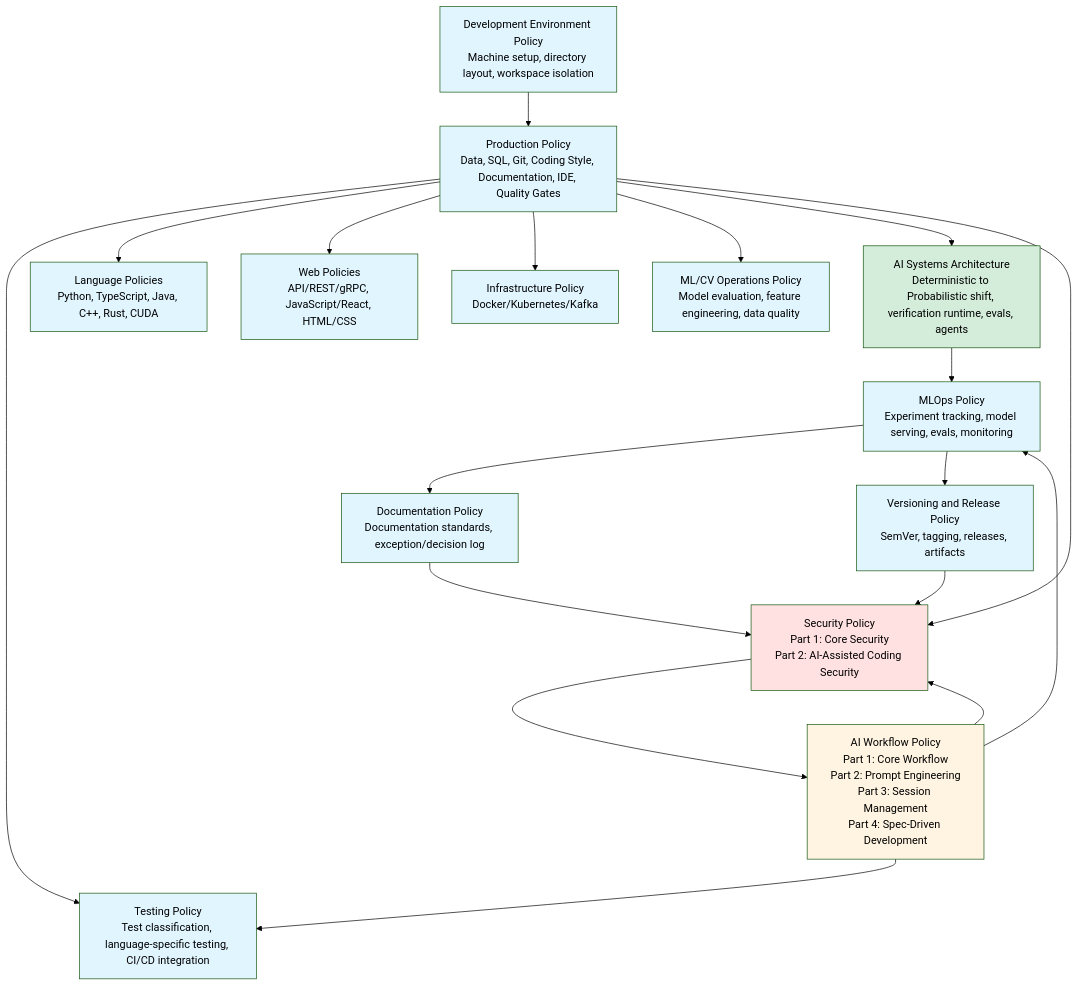
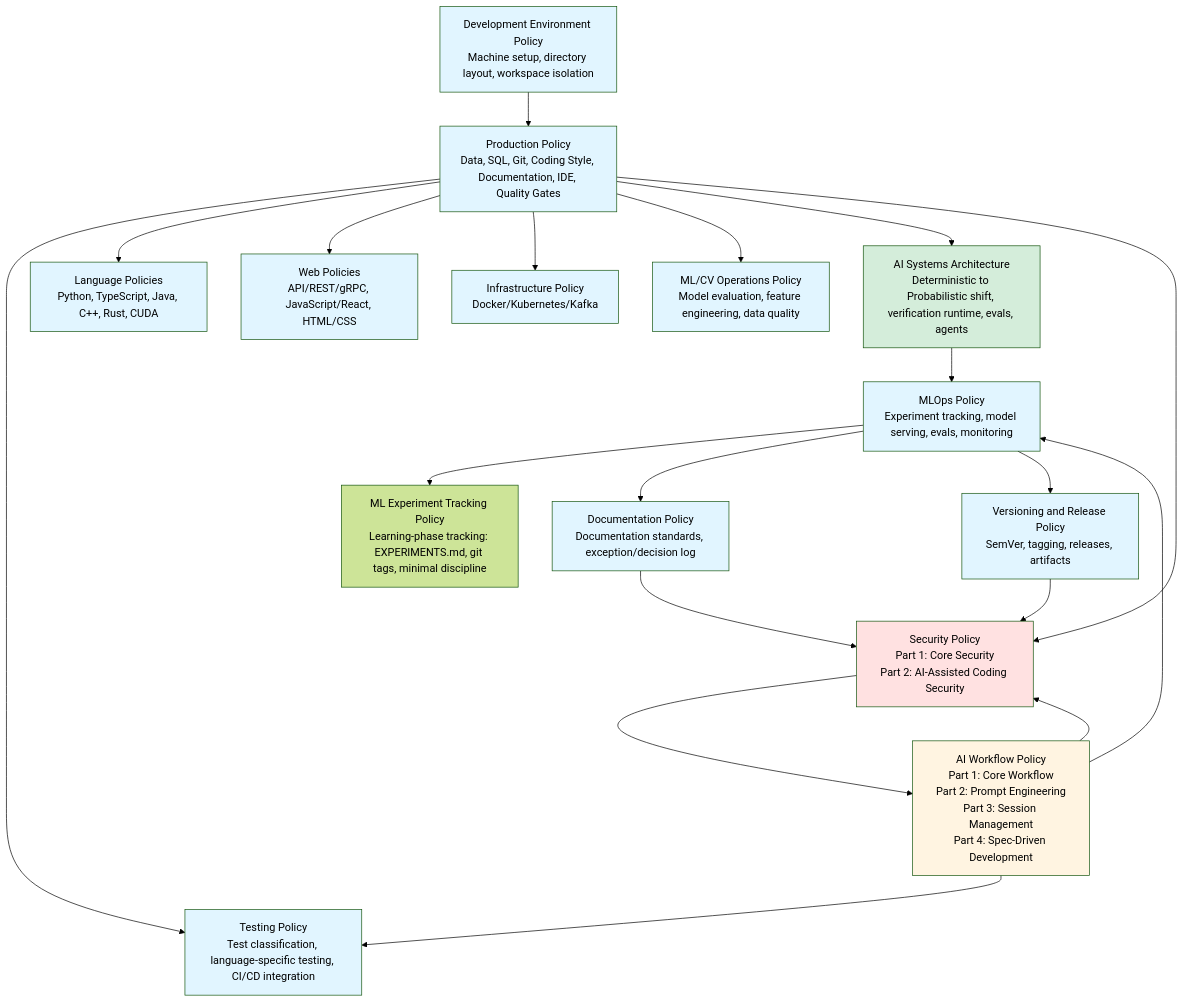
The diagram in README.md (alfonsocruzvelasco/engineering-policies), drawn with Mermaid (forest theme) before and after one commit. The commit also changed other lines of this file and 1 other file, not shown here.

First line of the commit message:
Add ML Experiment Tracking Policy for learning phase

````diff
--- a/README.md
+++ b/README.md
@@ -222,34 +227,35 @@
 ```mermaid
 graph TD
     A["Development Environment Policy<br/>Machine setup, directory layout, workspace isolation"] --> B["Production Policy<br/>Data, SQL, Git, Coding Style, Documentation, IDE, Quality Gates"]
     B --> T["Testing Policy<br/>Test classification, language-specific testing, CI/CD integration"]
     B --> L["Language Policies<br/>Python, TypeScript, Java, C++, Rust, CUDA"]
     B --> W["Web Policies<br/>API/REST/gRPC, JavaScript/React, HTML/CSS"]
     B --> I["Infrastructure Policy<br/>Docker/Kubernetes/Kafka"]
     B --> M["ML/CV Operations Policy<br/>Model evaluation, feature engineering, data quality"]
     B --> G["AI Systems Architecture<br/>Deterministic to Probabilistic shift, verification runtime, evals, agents"]
     G --> O["MLOps Policy<br/>Experiment tracking, model serving, evals, monitoring"]
+    O --> E1["ML Experiment Tracking Policy<br/>Learning-phase tracking: EXPERIMENTS.md, git tags, minimal discipline"]
     O --> D1["Documentation Policy<br/>Documentation standards, exception/decision log"]
     O --> D3["Versioning and Release Policy<br/>SemVer, tagging, releases, artifacts"]
     D1 --> E["Security Policy<br/>Part 1: Core Security<br/>Part 2: AI-Assisted Coding Security"]
     B --> E
     D3 --> E
     E --> F["AI Workflow Policy<br/>Part 1: Core Workflow<br/>Part 2: Prompt Engineering<br/>Part 3: Session Management<br/>Part 4: Spec-Driven Development"]
     F --> O
     F --> E
     F --> T
 
     style A fill:#e1f5ff
     style B fill:#e1f5ff
     style T fill:#e1f5ff
     style L fill:#e1f5ff
     style W fill:#e1f5ff
     style I fill:#e1f5ff
     style M fill:#e1f5ff
     style G fill:#d4edda
     style O fill:#e1f5ff
     style D1 fill:#e1f5ff
     style D3 fill:#e1f5ff
     style E fill:#ffe1e1
     style F fill:#fff4e1
 ```
````
